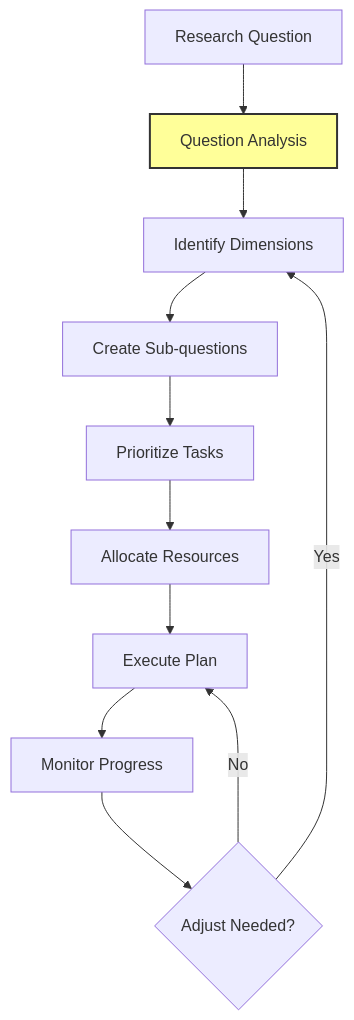
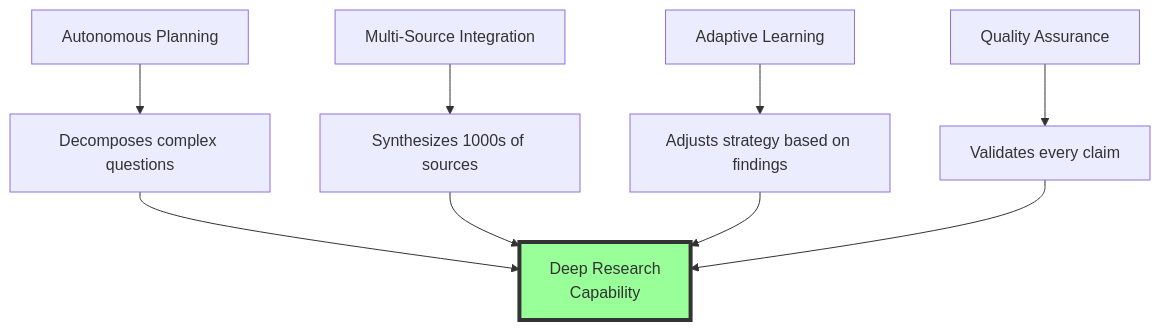
The sixth of 7 diagrams in reading_materials/DEEP_RESEARCH_AGENT_THOUGHT_EXPERIMENT.md (nikspatel007/workshop-agents), drawn with Mermaid before and after one commit. The commit also changed other lines of this file, not shown here.

First line of the commit message:
Revise Deep Research Agent document for cohesion and clarity

````diff
--- a/reading_materials/DEEP_RESEARCH_AGENT_THOUGHT_EXPERIMENT.md
+++ b/reading_materials/DEEP_RESEARCH_AGENT_THOUGHT_EXPERIMENT.md
@@ -369,17 +184,14 @@
 ```mermaid
 graph TD
-    A[Research Question] --> B[Question Analysis]
-    B --> C[Identify Dimensions]
-    C --> D[Create Sub-questions]
-    D --> E[Prioritize Tasks]
-    E --> F[Allocate Resources]
-    F --> G[Execute Plan]
+    A[Autonomous Planning] --> B[Decomposes complex questions]
+    C[Multi-Source Integration] --> D[Synthesizes 1000s of sources]
+    E[Adaptive Learning] --> F[Adjusts strategy based on findings]
+    G[Quality Assurance] --> H[Validates every claim]
     
-    H[Monitor Progress] --> I{Adjust Needed?}
-    I -->|Yes| C
-    I -->|No| G
+    B --> I[Deep Research<br/>Capability]
+    D --> I
+    F --> I
+    H --> I
     
-    G --> H
-    
-    style B fill:#ff9,stroke:#333,stroke-width:2px
+    style I fill:#9f9,stroke:#333,stroke-width:4px
 ```
````
